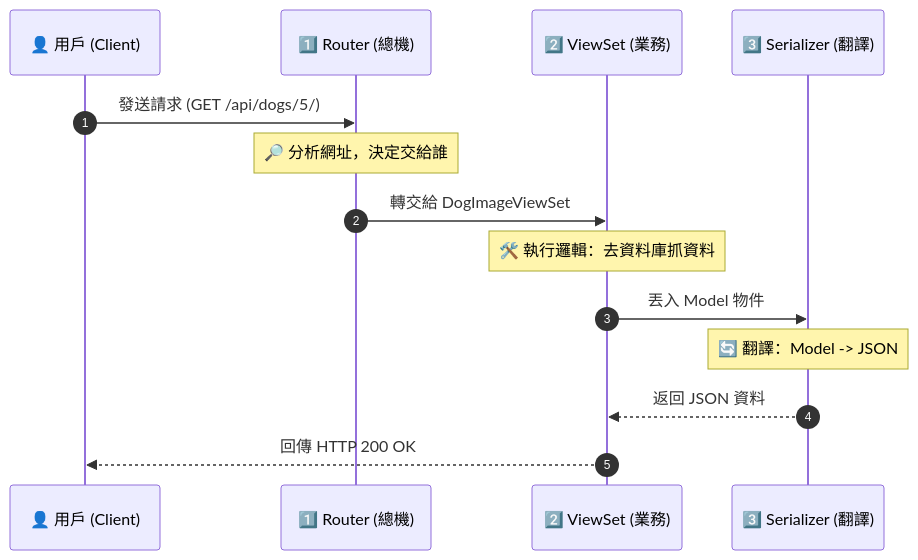
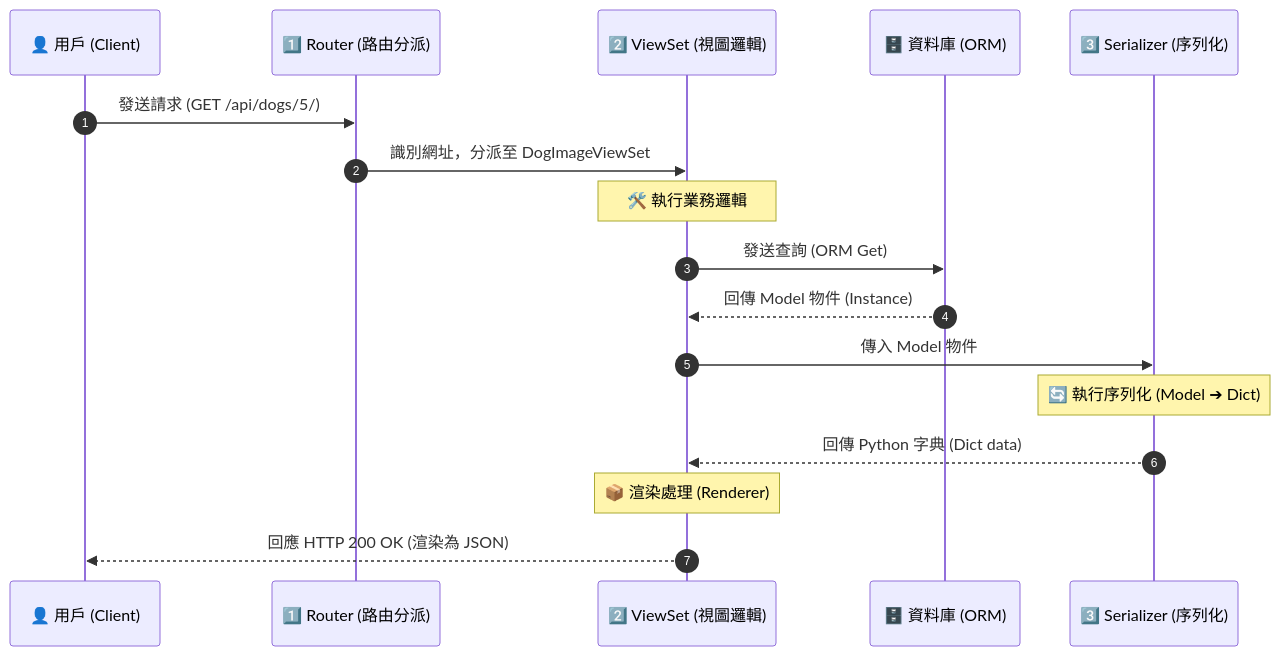
One commit to foodnoodle/dog-project changed the diagram in 筆記/FullStack_全棧開發與系統架構/02_Django_REST_Framework_API_設計.md. Above: the diagram before and after it, drawn with Mermaid.

Commit message:
Docs: 再次優化筆記中的流程圖

````diff
--- a/筆記/FullStack_全棧開發與系統架構/02_Django_REST_Framework_API_設計.md
+++ b/筆記/FullStack_全棧開發與系統架構/02_Django_REST_Framework_API_設計.md
@@ -6,20 +6,23 @@
 ```mermaid
 sequenceDiagram
     autonumber
     participant Client as 👤 用戶 (Client)
-    participant Router as 1️⃣ Router (總機)
-    participant ViewSet as 2️⃣ ViewSet (業務)
-    participant Serializer as 3️⃣ Serializer (翻譯)
+    participant Router as 1️⃣ Router (路由分派)
+    participant ViewSet as 2️⃣ ViewSet (視圖邏輯)
+    participant DB as 🗄️ 資料庫 (ORM)
+    participant Serializer as 3️⃣ Serializer (序列化)
 
     Client->>Router: 發送請求 (GET /api/dogs/5/)
-    Note over Router: 🔎 分析網址，決定交給誰
-    Router->>ViewSet: 轉交給 DogImageViewSet
+    Router->>ViewSet: 識別網址，分派至 DogImageViewSet
     
-    Note over ViewSet: 🛠️ 執行邏輯：去資料庫抓資料
-    ViewSet->>Serializer: 丟入 Model 物件
+    Note over ViewSet: 🛠️ 執行業務邏輯
+    ViewSet->>DB: 發送查詢 (ORM Get)
+    DB-->>ViewSet: 回傳 Model 物件 (Instance)
     
-    Note over Serializer: 🔄 翻譯：Model -> JSON
-    Serializer-->>ViewSet: 返回 JSON 資料
+    ViewSet->>Serializer: 傳入 Model 物件
+    Note over Serializer: 🔄 執行序列化 (Model ➔ Dict)
+    Serializer-->>ViewSet: 回傳 Python 字典 (Dict data)
     
-    ViewSet-->>Client: 回傳 HTTP 200 OK
+    Note over ViewSet: 📦 渲染處理 (Renderer)
+    ViewSet-->>Client: 回應 HTTP 200 OK (渲染為 JSON)
 ```
````
